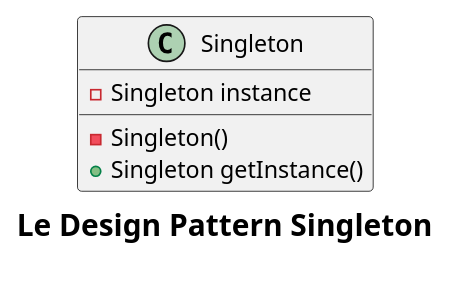
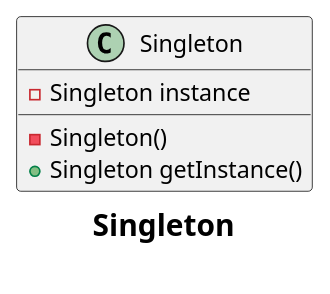
One commit to tavenel/website changed the first of 2 diagrams in src/pages/spring/cours.md. Above: the diagram before and after it, drawn with PlantUML. The commit also changed other lines of this file, not shown here.

Commit message:
spring: fix diagram

````diff
--- a/src/pages/spring/cours.md
+++ b/src/pages/spring/cours.md
@@ -189,16 +189,16 @@
 ```plantuml
 @startuml
 
 caption
-= Le Design Pattern Singleton
+= Singleton
 
 endcaption
 
 class Singleton {
  - Singleton instance
  - Singleton()
  + Singleton getInstance()
 }
 
 @enduml
 ```
````
